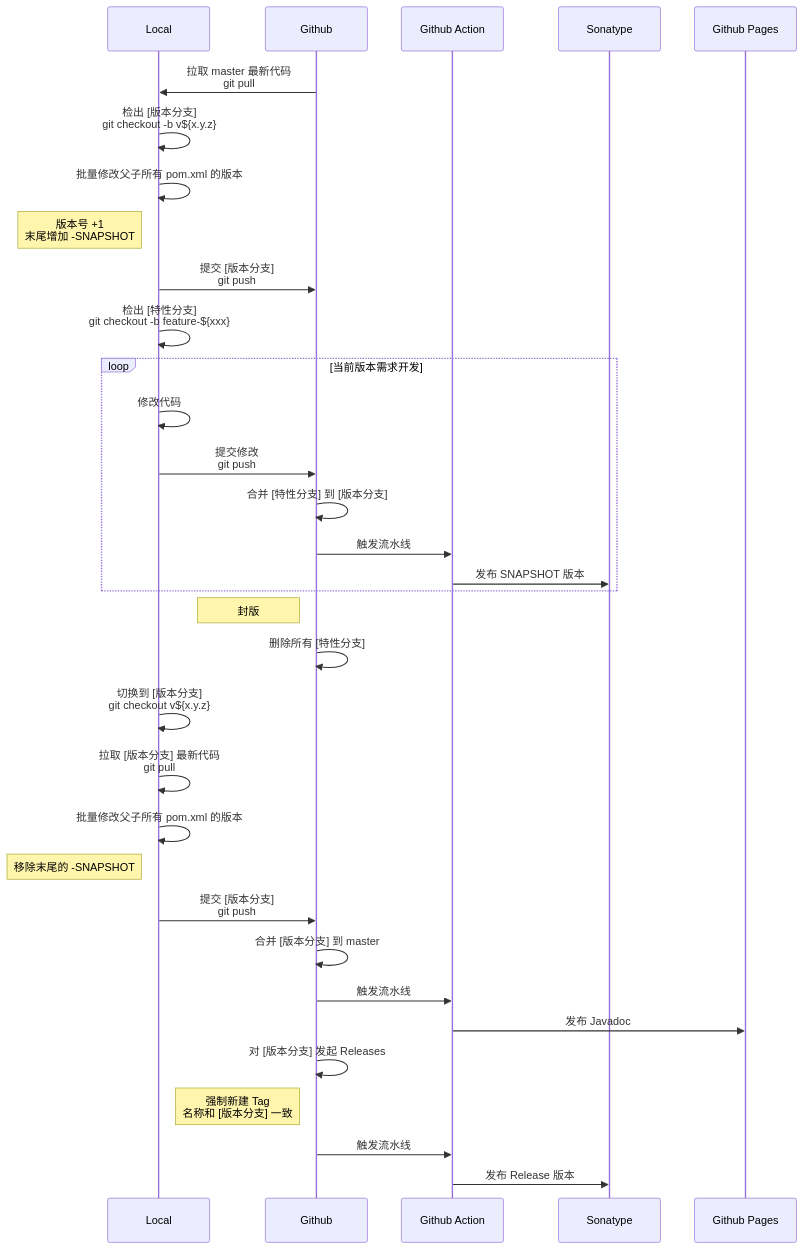
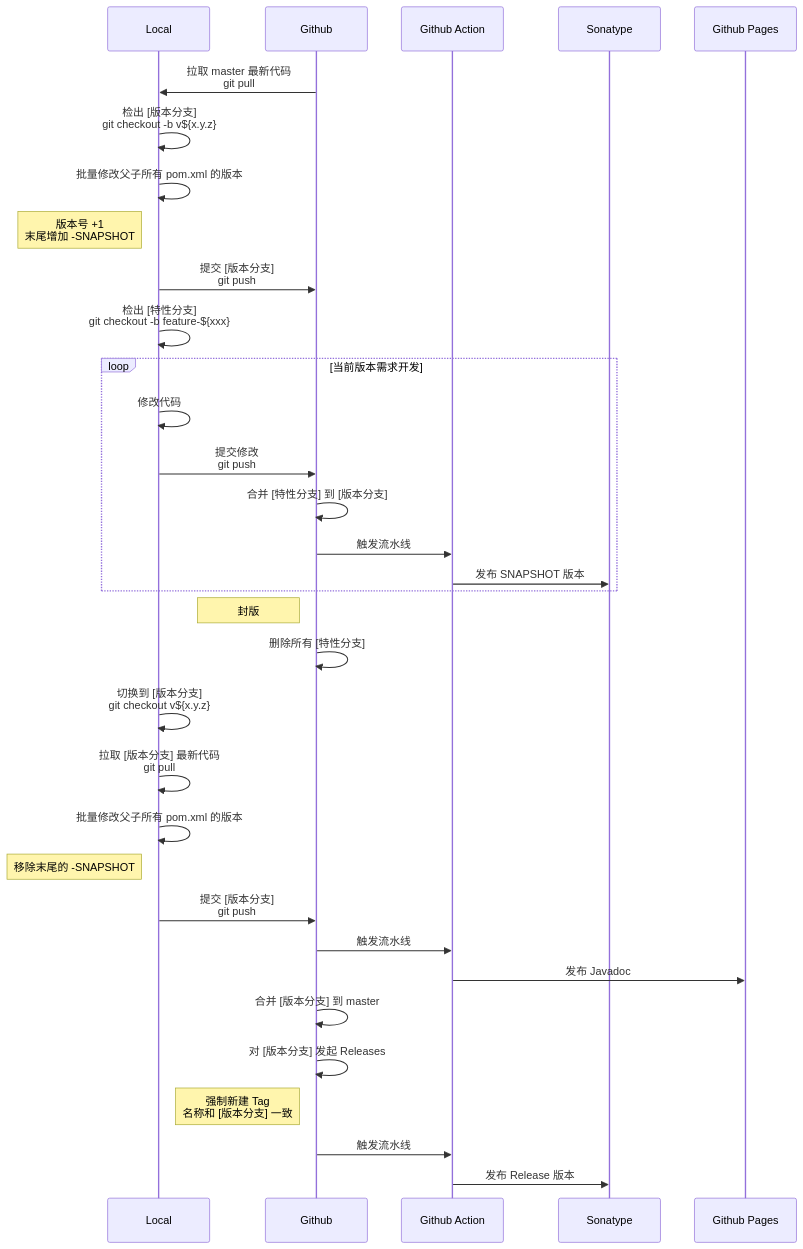
The second of 2 diagrams in DevSOP.md (EXP-Codes/exp-libs-refactor), drawn with Mermaid before and after one commit. The commit also changed other lines of this file and 1 other file, not shown here.

````diff
--- a/DevSOP.md
+++ b/DevSOP.md
@@ -45,35 +45,35 @@
 ```mermaid
 sequenceDiagram
     participant Local
     participant Github
     participant Github Action
     participant Sonatype
     participant Github Pages
     Github->>Local: 拉取 master 最新代码<br/>git pull
     Local->>Local: 检出 [版本分支]<br/>git checkout -b v${x.y.z}
     Local->>Local: 批量修改父子所有 pom.xml 的版本
     Note left of Local: 版本号 +1<br/>末尾增加 -SNAPSHOT
     Local->>Github: 提交 [版本分支]<br/>git push
     Local->>Local: 检出 [特性分支]<br/>git checkout -b feature-${xxx}
     loop 当前版本需求开发
         Local->>Local: 修改代码
         Local->>Github: 提交修改<br/>git push
         Github->>Github: 合并 [特性分支] 到 [版本分支]
         Github->>Github Action: 触发流水线
         Github Action->>Sonatype: 发布 SNAPSHOT 版本
     end
     Note left of Github: 封版
     Github->>Github: 删除所有 [特性分支]
     Local->>Local: 切换到 [版本分支]<br/>git checkout v${x.y.z}
     Local->>Local: 拉取 [版本分支] 最新代码<br/>git pull
     Local->>Local: 批量修改父子所有 pom.xml 的版本
     Note left of Local: 移除末尾的 -SNAPSHOT
     Local->>Github: 提交 [版本分支]<br/>git push
-    Github->>Github: 合并 [版本分支] 到 master
     Github->>Github Action: 触发流水线
     Github Action->>Github Pages: 发布 Javadoc
+    Github->>Github: 合并 [版本分支] 到 master
     Github->>Github: 对 [版本分支] 发起 Releases
     Note left of Github: 强制新建 Tag<br/>名称和 [版本分支] 一致
     Github->>Github Action: 触发流水线
     Github Action->>Sonatype: 发布 Release 版本
 ```
````
